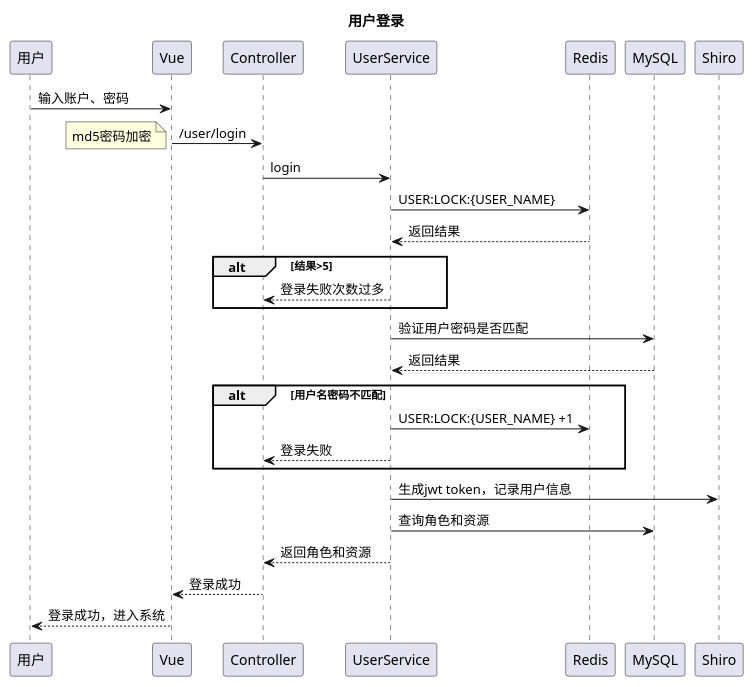
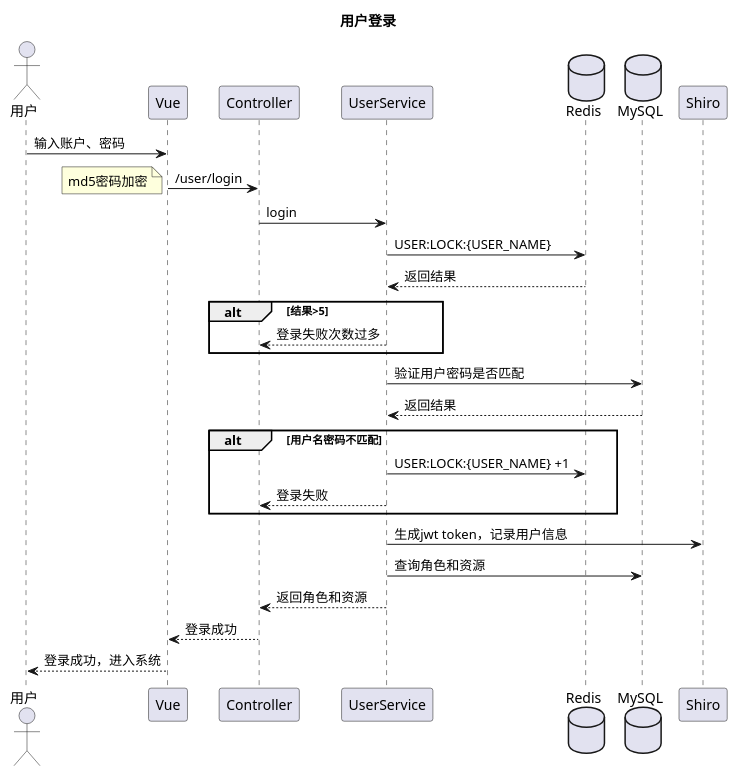
The diagram in docs/时序图/用户登录.puml (cmgun/B-Recycle), drawn with PlantUML before and after one commit. The commit also changed 24 other files, not shown here.

```diff
--- a/docs/时序图/用户登录.puml
+++ b/docs/时序图/用户登录.puml
@@ -1,28 +1,31 @@
 @startuml
 'https://plantuml.com/sequence-diagram
 title 用户登录
+actor 用户
 
 用户 -> Vue : 输入账户、密码
 Vue -> Controller : /user/login
 note left
 md5密码加密
 end note
 Controller -> UserService : login
+database Redis
 UserService -> Redis : USER:LOCK:{USER_NAME}
 UserService <-- Redis : 返回结果
 alt 结果>5
     UserService --> Controller : 登录失败次数过多
 end alt
 
+database MySQL
 UserService -> MySQL : 验证用户密码是否匹配
 UserService <-- MySQL : 返回结果
 alt 用户名密码不匹配
     UserService -> Redis : USER:LOCK:{USER_NAME} +1
     UserService --> Controller : 登录失败
 end alt
 UserService -> Shiro : 生成jwt token，记录用户信息
 UserService -> MySQL : 查询角色和资源
 UserService --> Controller : 返回角色和资源
 Controller --> Vue : 登录成功
 Vue --> 用户 : 登录成功，进入系统
 @enduml
```
